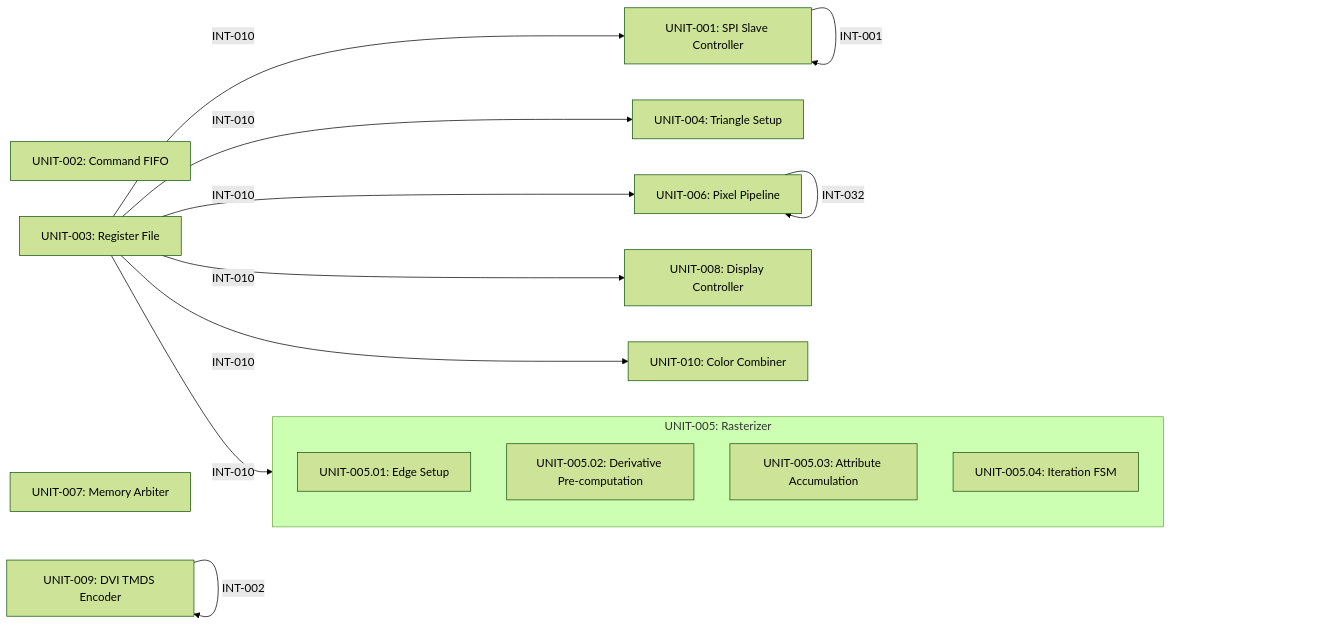
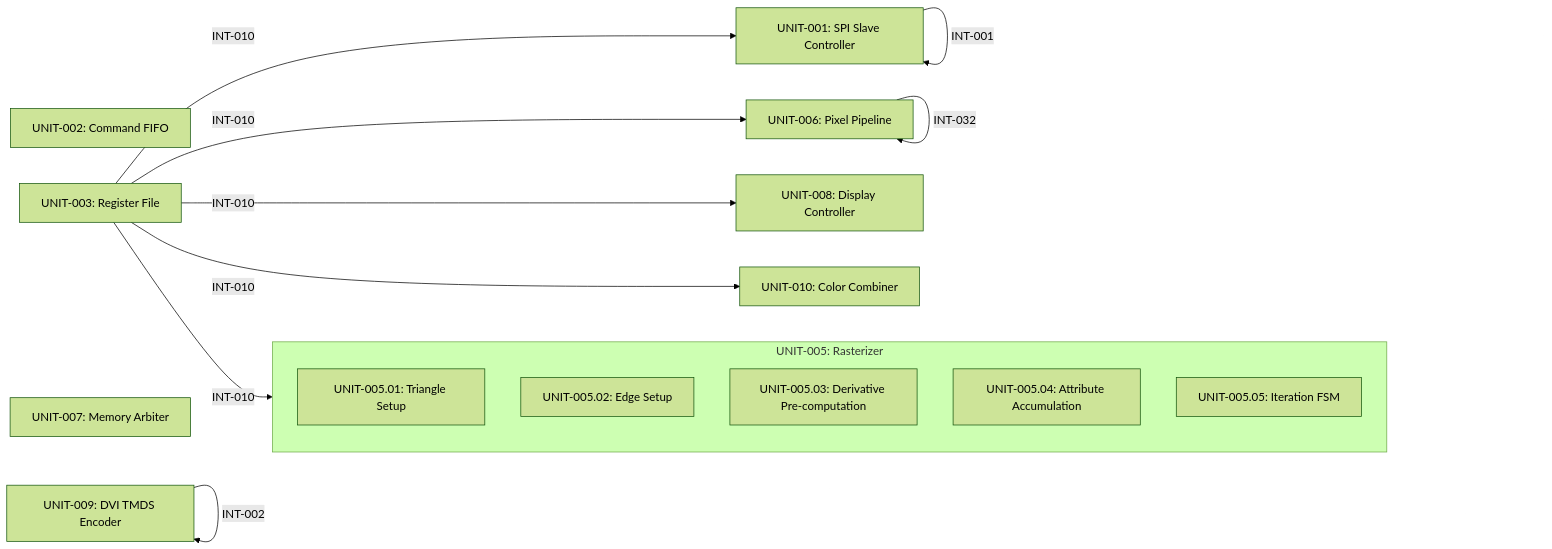
The second of 2 diagrams in ARCHITECTURE.md (londey/pico-gs), drawn with Mermaid (forest theme) before and after one commit. The commit also changed other lines of this file and 23 other files, not shown here.

````diff
--- a/ARCHITECTURE.md
+++ b/ARCHITECTURE.md
@@ -348,27 +348,26 @@
 ```mermaid
 flowchart LR
     UNIT_001["UNIT-001: SPI Slave Controller"]
     UNIT_002["UNIT-002: Command FIFO"]
     UNIT_003["UNIT-003: Register File"]
-    UNIT_004["UNIT-004: Triangle Setup"]
     subgraph UNIT_005["UNIT-005: Rasterizer"]
-        UNIT_005_01["UNIT-005.01: Edge Setup"]
-        UNIT_005_02["UNIT-005.02: Derivative Pre-computation"]
-        UNIT_005_03["UNIT-005.03: Attribute Accumulation"]
-        UNIT_005_04["UNIT-005.04: Iteration FSM"]
+        UNIT_005_01["UNIT-005.01: Triangle Setup"]
+        UNIT_005_02["UNIT-005.02: Edge Setup"]
+        UNIT_005_03["UNIT-005.03: Derivative Pre-computation"]
+        UNIT_005_04["UNIT-005.04: Attribute Accumulation"]
+        UNIT_005_05["UNIT-005.05: Iteration FSM"]
     end
     UNIT_006["UNIT-006: Pixel Pipeline"]
     UNIT_007["UNIT-007: Memory Arbiter"]
     UNIT_008["UNIT-008: Display Controller"]
     UNIT_009["UNIT-009: DVI TMDS Encoder"]
     UNIT_010["UNIT-010: Color Combiner"]
     UNIT_001 -->|INT-001| UNIT_001
     UNIT_009 -->|INT-002| UNIT_009
     UNIT_003 -->|INT-010| UNIT_001
-    UNIT_003 -->|INT-010| UNIT_004
     UNIT_003 -->|INT-010| UNIT_005
     UNIT_003 -->|INT-010| UNIT_006
     UNIT_003 -->|INT-010| UNIT_008
     UNIT_003 -->|INT-010| UNIT_010
     UNIT_006 -->|INT-032| UNIT_006
 ```
````
